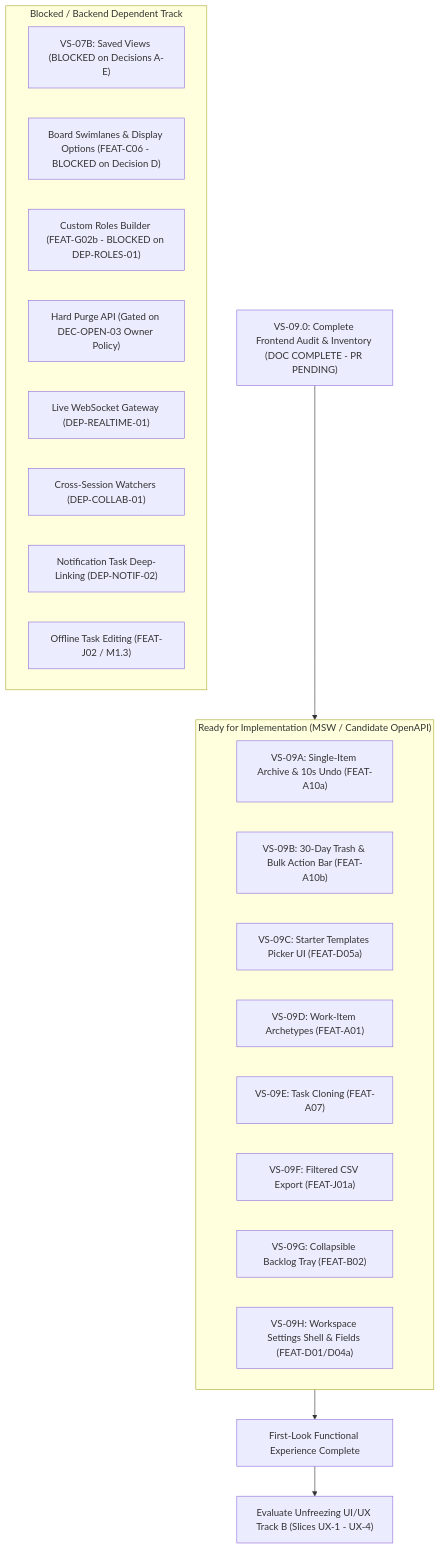
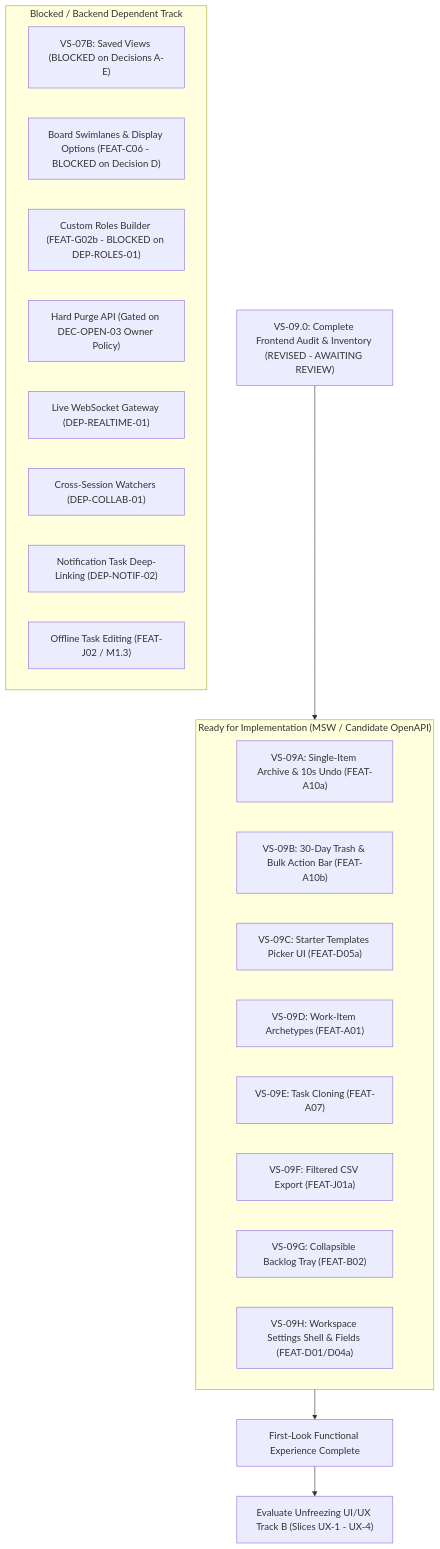
Before and after one commit to Samudra-Bose/sonder: the first of 2 diagrams in docs/04-implementation/sonder-project-progress-tracker.md, drawn with Mermaid. The commit also changed other lines of this file and 1 other file, not shown here.

Commit message:
docs(audit): VS-09.0 remove invalid feature ID and synchronize PR revision status

````diff
--- a/docs/04-implementation/sonder-project-progress-tracker.md
+++ b/docs/04-implementation/sonder-project-progress-tracker.md
@@ -53,29 +53,29 @@
 ```mermaid
 flowchart TD
-    Current["VS-09.0: Complete Frontend Audit & Inventory (DOC COMPLETE - PR PENDING)"] --> InventoryA["Inventory A: Backend-Independent Backlog (8 Milestones)"]
+    Current["VS-09.0: Complete Frontend Audit & Inventory (REVISED - AWAITING REVIEW)"] --> InventoryA["Inventory A: Backend-Independent Backlog (8 Milestones)"]
 
     subgraph InventoryA ["Ready for Implementation (MSW / Candidate OpenAPI)"]
         VS09A["VS-09A: Single-Item Archive & 10s Undo (FEAT-A10a)"]
         VS09B["VS-09B: 30-Day Trash & Bulk Action Bar (FEAT-A10b)"]
         VS09C["VS-09C: Starter Templates Picker UI (FEAT-D05a)"]
         VS09D["VS-09D: Work-Item Archetypes (FEAT-A01)"]
         VS09E["VS-09E: Task Cloning (FEAT-A07)"]
         VS09F["VS-09F: Filtered CSV Export (FEAT-J01a)"]
         VS09G["VS-09G: Collapsible Backlog Tray (FEAT-B02)"]
         VS09H["VS-09H: Workspace Settings Shell & Fields (FEAT-D01/D04a)"]
     end
 
     InventoryA --> FirstLook["First-Look Functional Experience Complete"]
     FirstLook --> UnfreezeUX["Evaluate Unfreezing UI/UX Track B (Slices UX-1 - UX-4)"]
 
     subgraph BlockedDeferred ["Blocked / Backend Dependent Track"]
         SV["VS-07B: Saved Views (BLOCKED on Decisions A-E)"]
         Swimlanes["Board Swimlanes & Display Options (FEAT-C06 - BLOCKED on Decision D)"]
         CustomRoles["Custom Roles Builder (FEAT-G02b - BLOCKED on DEP-ROLES-01)"]
         Purge["Hard Purge API (Gated on DEC-OPEN-03 Owner Policy)"]
         RealtimeLive["Live WebSocket Gateway (DEP-REALTIME-01)"]
         WatcherPersist["Cross-Session Watchers (DEP-COLLAB-01)"]
         NotifDeepLink["Notification Task Deep-Linking (DEP-NOTIF-02)"]
         OfflineTask["Offline Task Editing (FEAT-J02 / M1.3)"]
     end
 ```
````
